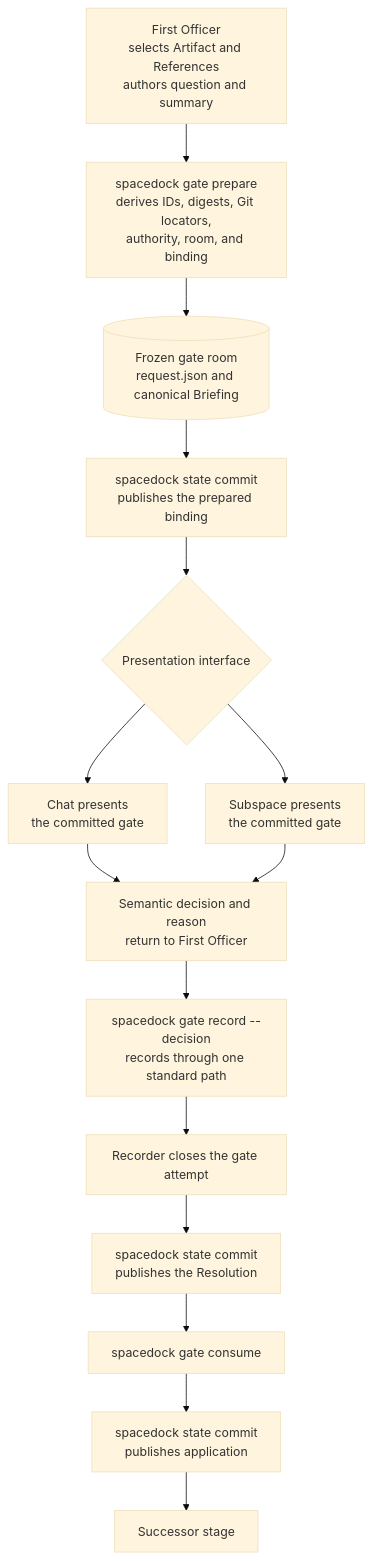
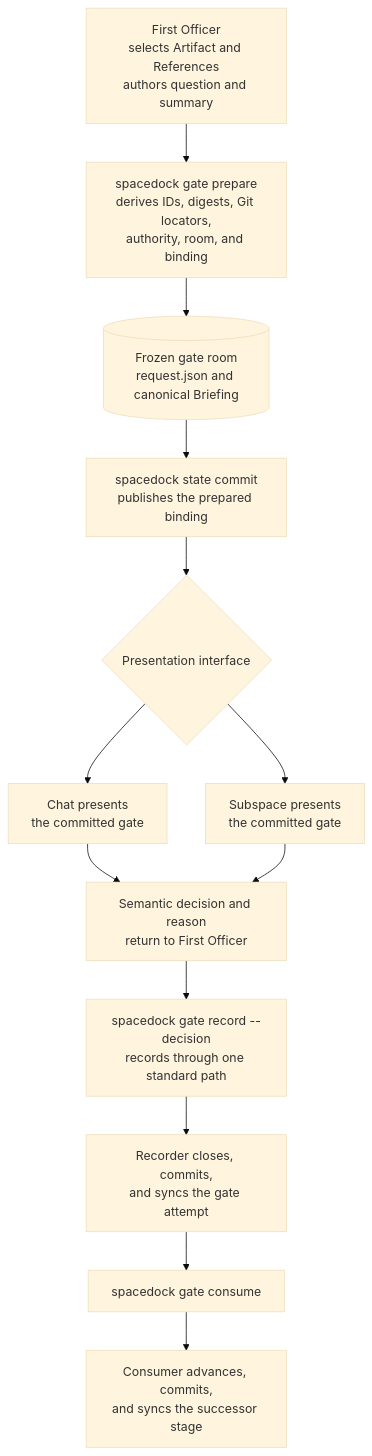
One commit to spacedock-dev/spacedock changed the diagram in docs/specs/gate-resolution-frontmatter-contract.md. Above: the diagram before and after it, drawn with Mermaid (base theme). The commit also changed other lines of this file and 22 other files, not shown here.

````diff
--- a/docs/specs/gate-resolution-frontmatter-contract.md
+++ b/docs/specs/gate-resolution-frontmatter-contract.md
@@ -24,26 +24,24 @@
 ```mermaid
 flowchart TD
     FO["First Officer<br/>selects Artifact and References<br/>authors question and summary"]
     PREP["spacedock gate prepare<br/>derives IDs, digests, Git locators,<br/>authority, room, and binding"]
     ROOM[("Frozen gate room<br/>request.json and canonical Briefing")]
     COMMIT_PREP["spacedock state commit<br/>publishes the prepared binding"]
 
     CHANNEL{"Presentation interface"}
 
     FO --> PREP --> ROOM --> COMMIT_PREP --> CHANNEL
 
     CHAT["Chat presents<br/>the committed gate"]
     SUBSPACE["Subspace presents<br/>the committed gate"]
     SEMANTIC["Semantic decision and reason<br/>return to First Officer"]
     RECORD["spacedock gate record --decision<br/>records through one standard path"]
 
     CHANNEL --> CHAT --> SEMANTIC
     CHANNEL --> SUBSPACE --> SEMANTIC
     SEMANTIC --> RECORD
 
-    RECORD --> CLOSED["Recorder closes the gate attempt"]
-    CLOSED --> COMMIT_CLOSE["spacedock state commit<br/>publishes the Resolution"]
-    COMMIT_CLOSE --> CONSUME["spacedock gate consume"]
-    CONSUME --> COMMIT_CONSUME["spacedock state commit<br/>publishes application"]
-    COMMIT_CONSUME --> NEXT["Successor stage"]
+    RECORD --> CLOSED["Recorder closes, commits,<br/>and syncs the gate attempt"]
+    CLOSED --> CONSUME["spacedock gate consume"]
+    CONSUME --> NEXT["Consumer advances, commits,<br/>and syncs the successor stage"]
 ```
````
